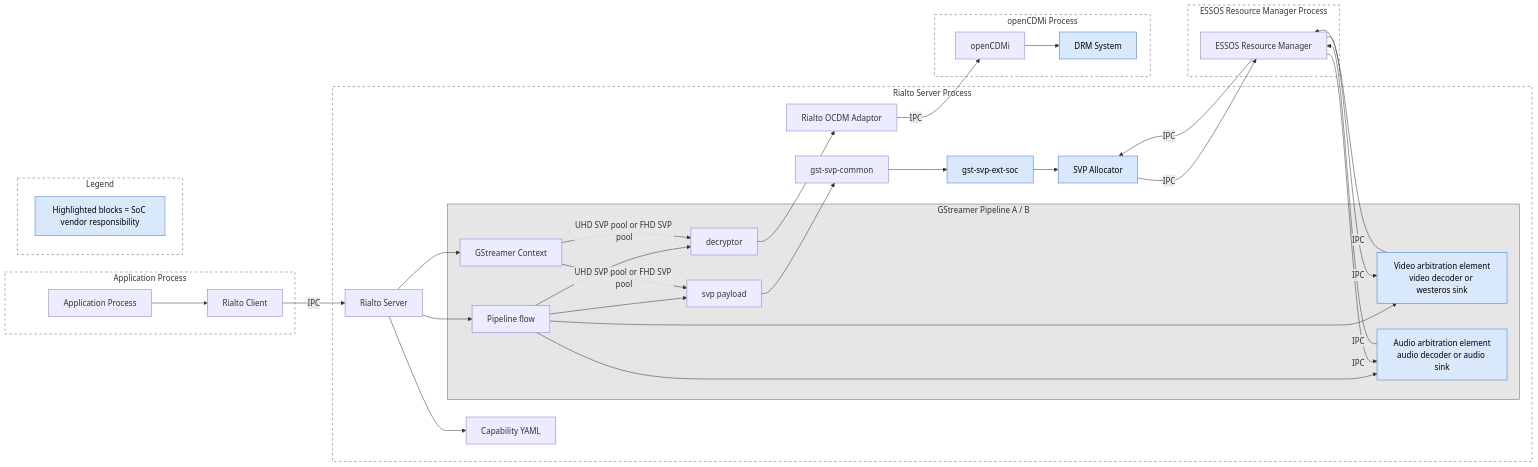
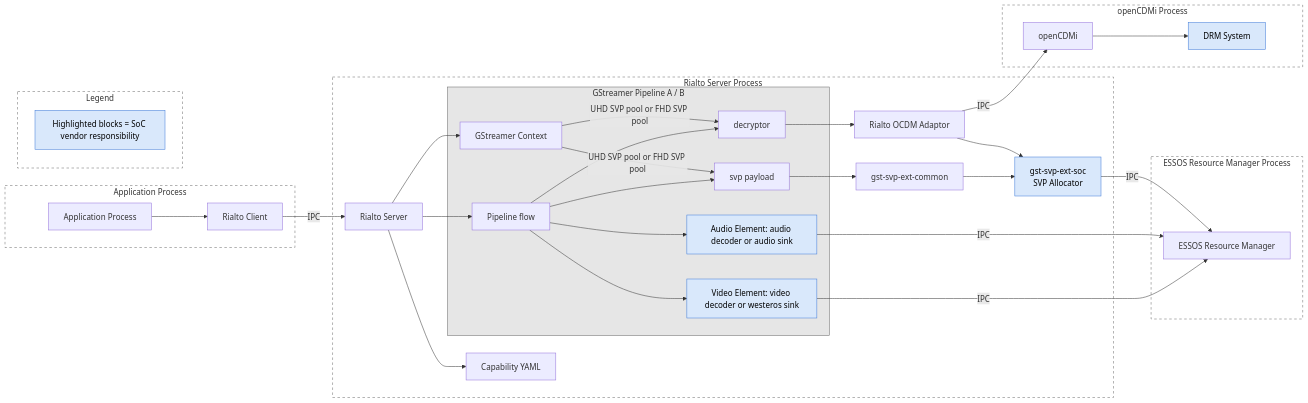
One commit to rdkcentral/rdk-hpk-documentation changed the first of 7 diagrams in doc/SPECIFICATION-dual-decode-legacy-av-hal-extension.md. Above: the diagram before and after it, drawn with Mermaid. The commit also changed other lines of this file, not shown here.

First line of the commit message:
gh #516: docs: revise DPI9 dual-decode transition diagrams

````diff
--- a/doc/SPECIFICATION-dual-decode-legacy-av-hal-extension.md
+++ b/doc/SPECIFICATION-dual-decode-legacy-av-hal-extension.md
@@ -37,68 +57,64 @@
 ```mermaid
 graph LR
     subgraph AP[Application Process]
         App[Application Process] --> RC[Rialto Client]
     end
 
     subgraph RSP[Rialto Server Process]
         RS[Rialto Server]
         subgraph GSTP[GStreamer Pipeline A / B]
             GST[Pipeline flow]
             Ctx[GStreamer Context]
             DEC[decryptor]
             SVPP[svp payload]
-            VARB[Video arbitration element<br/>video decoder or westeros sink]
-            AARB[Audio arbitration element<br/>audio decoder or audio sink]
+            VARB["Video Element: video decoder or westeros sink"]
+            AARB["Audio Element: audio decoder or audio sink"]
         end
         RS --> GST
         GST --> DEC
         GST --> SVPP
         GST --> VARB
         GST --> AARB
         RS --> Ctx
         Ctx -->|UHD SVP pool or FHD SVP pool| DEC
         Ctx -->|UHD SVP pool or FHD SVP pool| SVPP
         RS --> YAML[Capability YAML]
         DEC --> OCDM[Rialto OCDM Adaptor]
-        SVPP --> SVPC[gst-svp-common]
-        SVPC --> SVPE[gst-svp-ext-soc]
-        SVPE --> SVP[SVP Allocator]
+        SVPP --> SVPC[gst-svp-ext-common]
+        SVPC --> SVPE[gst-svp-ext-soc<br/>SVP Allocator]
+        OCDM --> SVPE
     end
 
     subgraph OCP[openCDMi Process]
         OPENCDM[openCDMi]
         DRM[DRM System]
     end
 
     subgraph LEG[Legend]
         LRESP[Highlighted blocks = SoC vendor responsibility]
     end
 
     OCDM -->|IPC| OPENCDM
     OPENCDM --> DRM
 
     subgraph RMP[ESSOS Resource Manager Process]
         RM[ESSOS Resource Manager]
     end
 
     RC -->|IPC| RS
-    RM -->|IPC| VARB
     VARB -->|IPC| RM
-    RM -->|IPC| AARB
     AARB -->|IPC| RM
-    RM -->|IPC| SVP
-    SVP -->|IPC| RM
+    SVPE -->|IPC| RM
 
     style AP fill:none,stroke:#666,stroke-width:1px,stroke-dasharray: 5 5
     style RSP fill:none,stroke:#666,stroke-width:1px,stroke-dasharray: 5 5
     style GSTP fill:#e6e6e6,stroke:#666,stroke-width:1px
     style LEG fill:none,stroke:#666,stroke-width:1px,stroke-dasharray: 5 5
     style OCP fill:none,stroke:#666,stroke-width:1px,stroke-dasharray: 5 5
     style RMP fill:none,stroke:#666,stroke-width:1px,stroke-dasharray: 5 5
     style VARB fill:#d9e8fb,stroke:#3c78d8,stroke-width:1px,color:#000
     style AARB fill:#d9e8fb,stroke:#3c78d8,stroke-width:1px,color:#000
     style SVPE fill:#d9e8fb,stroke:#3c78d8,stroke-width:1px,color:#000
-    style SVP fill:#d9e8fb,stroke:#3c78d8,stroke-width:1px,color:#000
     style DRM fill:#d9e8fb,stroke:#3c78d8,stroke-width:1px,color:#000
     style LRESP fill:#d9e8fb,stroke:#3c78d8,stroke-width:1px,color:#000
 ```
````
